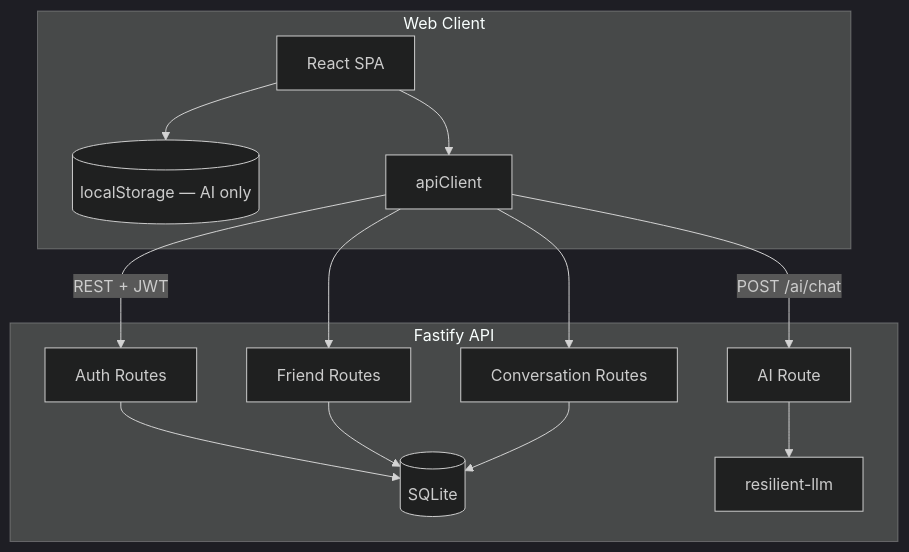
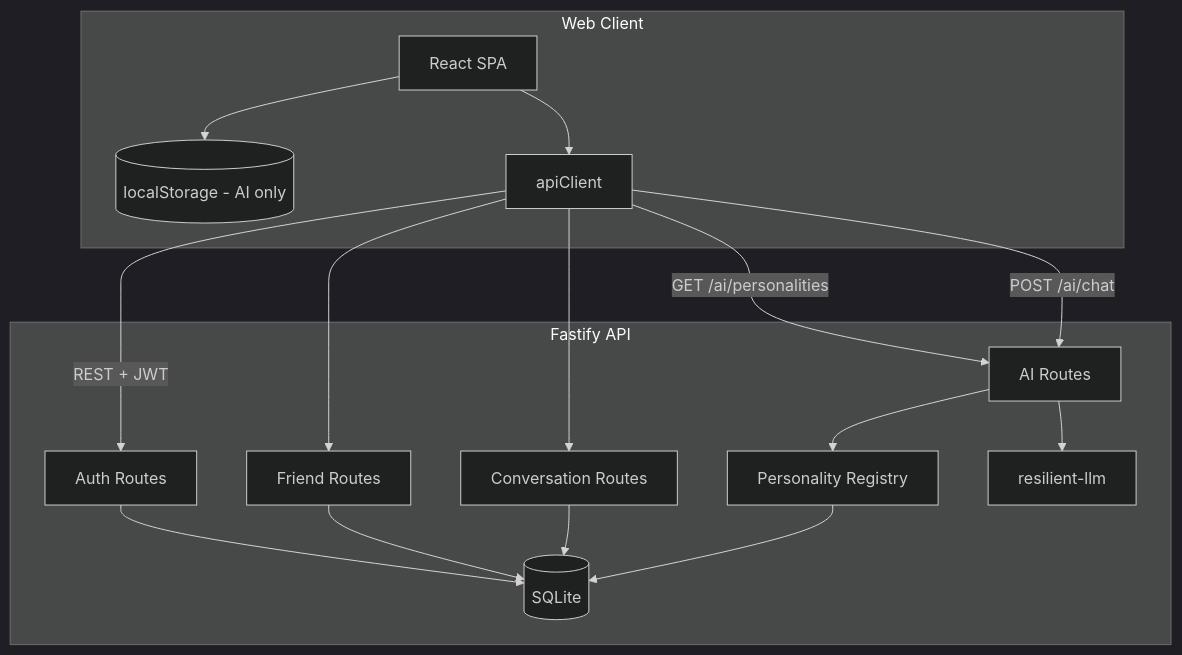
Before and after one commit to AINativeSchool/demo-school-chat: the first of 4 diagrams in TECHNICAL_DESIGN.md, drawn with Mermaid (dark theme). The commit also changed other lines of this file and 25 other files, not shown here.

````diff
--- a/TECHNICAL_DESIGN.md
+++ b/TECHNICAL_DESIGN.md
@@ -24,28 +25,32 @@
 ```mermaid
 flowchart TB
   subgraph client [Web Client]
     SPA[React SPA]
-    LS[(localStorage — AI only)]
+    LS[(localStorage - AI only)]
     ApiClient[apiClient]
   end
 
   subgraph server [Fastify API]
     Auth[Auth Routes]
     Friends[Friend Routes]
     Chat[Conversation Routes]
-    AI[AI Route]
+    AI[AI Routes]
+    Personalities[Personality Registry]
     DB[(SQLite)]
     LLM[resilient-llm]
   end
 
   SPA --> ApiClient
   SPA --> LS
   ApiClient -->|REST + JWT| Auth
   ApiClient --> Friends
   ApiClient --> Chat
+  ApiClient -->|GET /ai/personalities| AI
   ApiClient -->|POST /ai/chat| AI
   Auth --> DB
   Friends --> DB
   Chat --> DB
+  AI --> Personalities
+  Personalities --> DB
   AI --> LLM
 ```
````
